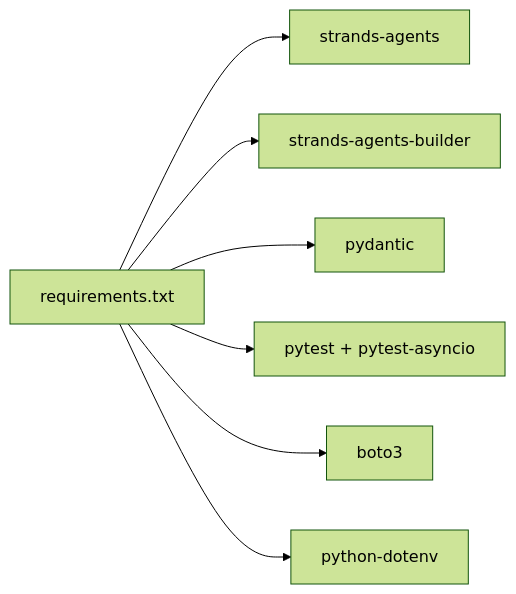
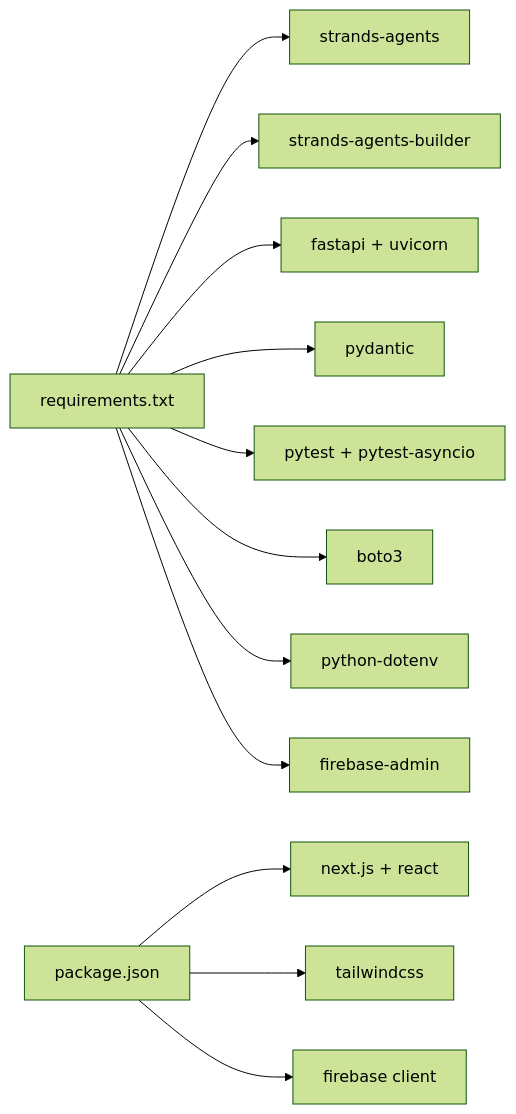
Before and after one commit to infamous-rebel/CareBridge: the third of 3 diagrams in .qoder/repowiki/en/content/Getting Started.md, drawn with Mermaid (forest theme). The commit also changed other lines of this file and 12 other files, not shown here.

````diff
--- a/.qoder/repowiki/en/content/Getting Started.md
+++ b/.qoder/repowiki/en/content/Getting Started.md
@@ -217,9 +414,14 @@
 ```mermaid
 graph LR
 R["requirements.txt"] --> S["strands-agents"]
 R --> SB["strands-agents-builder"]
+R --> F["fastapi + uvicorn"]
 R --> P["pydantic"]
 R --> T["pytest + pytest-asyncio"]
 R --> B["boto3"]
 R --> D["python-dotenv"]
+R --> FA["firebase-admin"]
+U["package.json"] --> N["next.js + react"]
+U --> TC["tailwindcss"]
+U --> FB["firebase client"]
 ```
````
